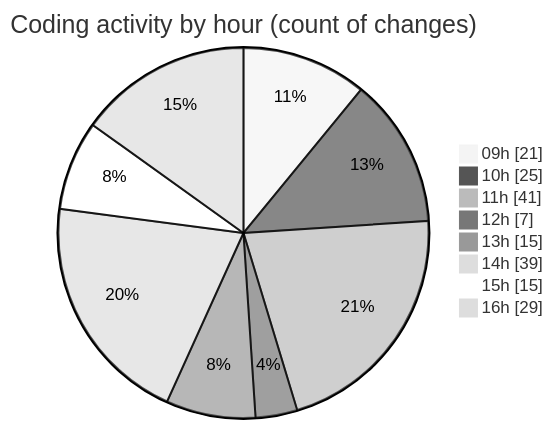
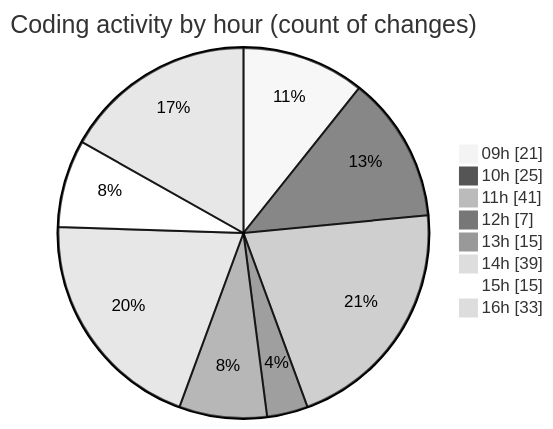
Before and after one commit to momahboobian/code-tracking: the second of 2 diagrams in 2025-12-01/cda/README.md, drawn with Mermaid (neutral theme). The commit also changed other lines of this file and 1 other file, not shown here.

````diff
--- a/2025-12-01/cda/README.md
+++ b/2025-12-01/cda/README.md
@@ -51,12 +51,12 @@
 ```mermaid
 pie showData
 title Coding activity by hour (count of changes)
 "09h" : 21
 "10h" : 25
 "11h" : 41
 "12h" : 7
 "13h" : 15
 "14h" : 39
 "15h" : 15
-"16h" : 29
+"16h" : 33
 ```
````
